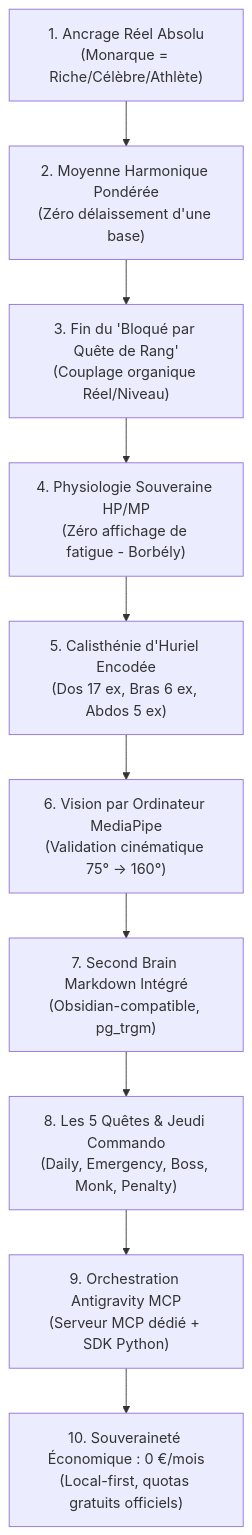
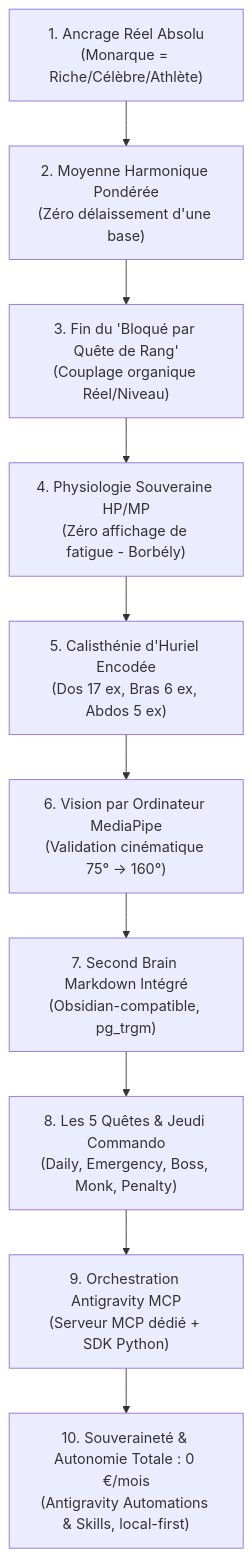
One commit to GeovanioH/LevelUp changed the first of 4 diagrams in README.md. Above: the diagram before and after it, drawn with Mermaid. The commit also changed other lines of this file and 7 other files, not shown here.

````diff
--- a/README.md
+++ b/README.md
@@ -67,12 +67,12 @@
 ```mermaid
 flowchart TD
     M1["1. Ancrage Réel Absolu<br>(Monarque = Riche/Célèbre/Athlète)"] --> M2["2. Moyenne Harmonique Pondérée<br>(Zéro délaissement d'une base)"]
     M2 --> M3["3. Fin du 'Bloqué par Quête de Rang'<br>(Couplage organique Réel/Niveau)"]
     M3 --> M4["4. Physiologie Souveraine HP/MP<br>(Zéro affichage de fatigue - Borbély)"]
     M4 --> M5["5. Calisthénie d'Huriel Encodée<br>(Dos 17 ex, Bras 6 ex, Abdos 5 ex)"]
     M5 --> M6["6. Vision par Ordinateur MediaPipe<br>(Validation cinématique 75° -> 160°)"]
     M6 --> M7["7. Second Brain Markdown Intégré<br>(Obsidian-compatible, pg_trgm)"]
     M7 --> M8["8. Les 5 Quêtes & Jeudi Commando<br>(Daily, Emergency, Boss, Monk, Penalty)"]
     M8 --> M9["9. Orchestration Antigravity MCP<br>(Serveur MCP dédié + SDK Python)"]
-    M9 --> M10["10. Souveraineté Économique : 0 €/mois<br>(Local-first, quotas gratuits officiels)"]
+    M9 --> M10["10. Souveraineté & Autonomie Totale : 0 €/mois<br>(Antigravity Automations & Skills, local-first)"]
 ```
````
